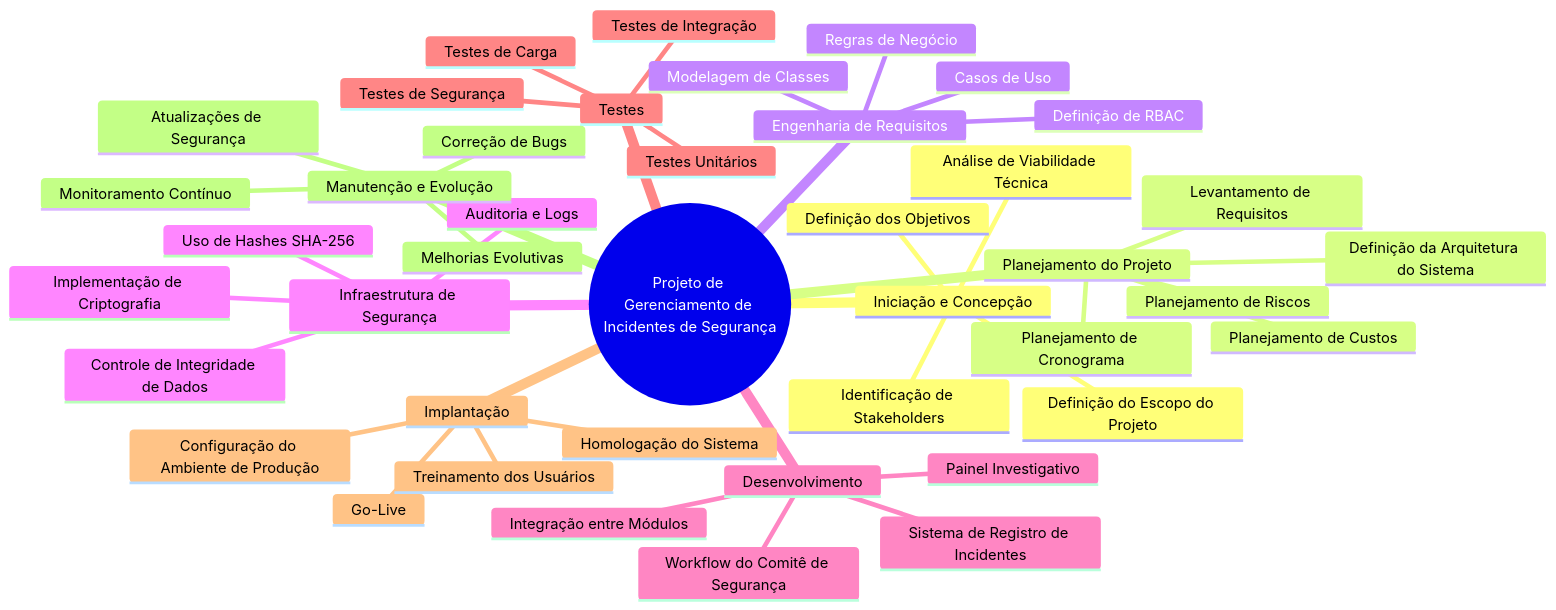
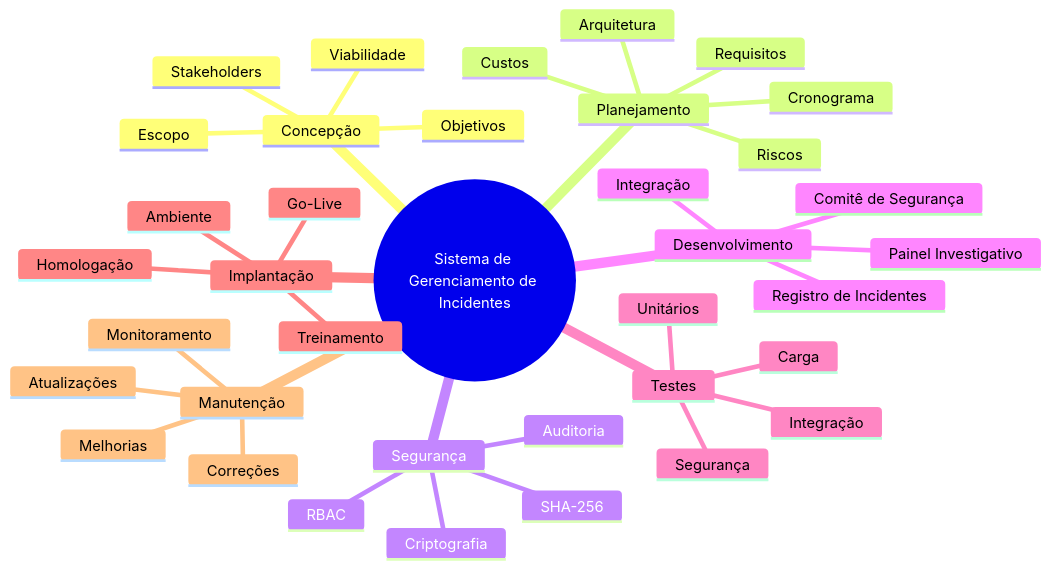
Before and after one commit to GuilhermeShinohara/gerenciamento-incidentes-seguranca: the diagram in gerenciamento-de-incidentes-de-seguranca/eap.md, drawn with Mermaid.

Commit message:
Refactor project structure in EAP document

````diff
--- a/gerenciamento-de-incidentes-de-seguranca/eap.md
+++ b/gerenciamento-de-incidentes-de-seguranca/eap.md
@@ -3,53 +3,47 @@
 ```mermaid
 mindmap
-  root((Projeto de Gerenciamento de Incidentes de Segurança))
+  root((Sistema de Gerenciamento de Incidentes))
 
-    Iniciação e Concepção
-      Definição do Escopo do Projeto
-      Identificação de Stakeholders
-      Análise de Viabilidade Técnica
-      Definição dos Objetivos
+    Concepção
+      Escopo
+      Stakeholders
+      Viabilidade
+      Objetivos
 
-    Planejamento do Projeto
-      Levantamento de Requisitos
-      Definição da Arquitetura do Sistema
-      Planejamento de Cronograma
-      Planejamento de Custos
-      Planejamento de Riscos
+    Planejamento
+      Requisitos
+      Arquitetura
+      Cronograma
+      Custos
+      Riscos
 
-    Engenharia de Requisitos
-      Casos de Uso
-      Modelagem de Classes
-      Definição de RBAC
-      Regras de Negócio
-
-    Infraestrutura de Segurança
-      Implementação de Criptografia
-      Uso de Hashes SHA-256
-      Auditoria e Logs
-      Controle de Integridade de Dados
+    Segurança
+      RBAC
+      Criptografia
+      SHA-256
+      Auditoria
 
     Desenvolvimento
-      Sistema de Registro de Incidentes
+      Registro de Incidentes
       Painel Investigativo
-      Workflow do Comitê de Segurança
-      Integração entre Módulos
+      Comitê de Segurança
+      Integração
 
     Testes
-      Testes Unitários
-      Testes de Integração
-      Testes de Carga
-      Testes de Segurança
+      Unitários
+      Integração
+      Carga
+      Segurança
 
     Implantação
-      Configuração do Ambiente de Produção
-      Homologação do Sistema
-      Treinamento dos Usuários
+      Ambiente
+      Homologação
+      Treinamento
       Go-Live
 
-    Manutenção e Evolução
-      Correção de Bugs
-      Atualizações de Segurança
-      Melhorias Evolutivas
-      Monitoramento Contínuo
+    Manutenção
+      Correções
+      Atualizações
+      Melhorias
+      Monitoramento
 ```
````
